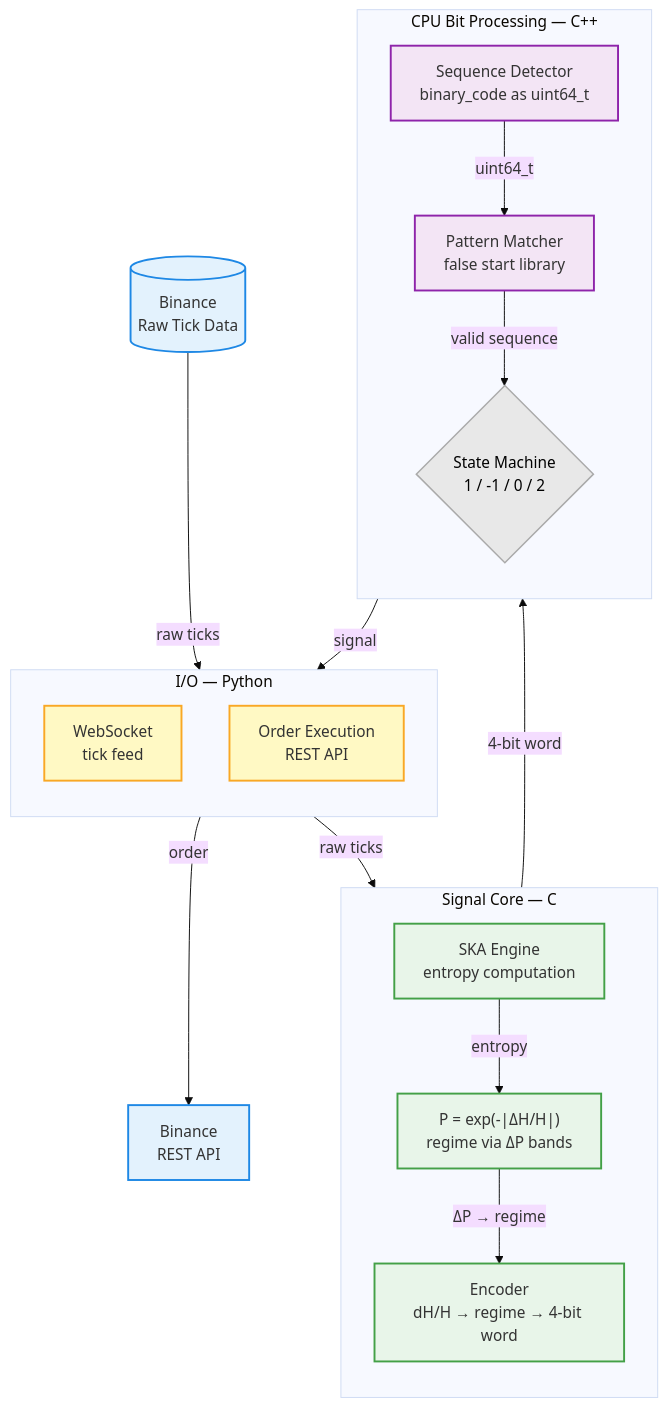
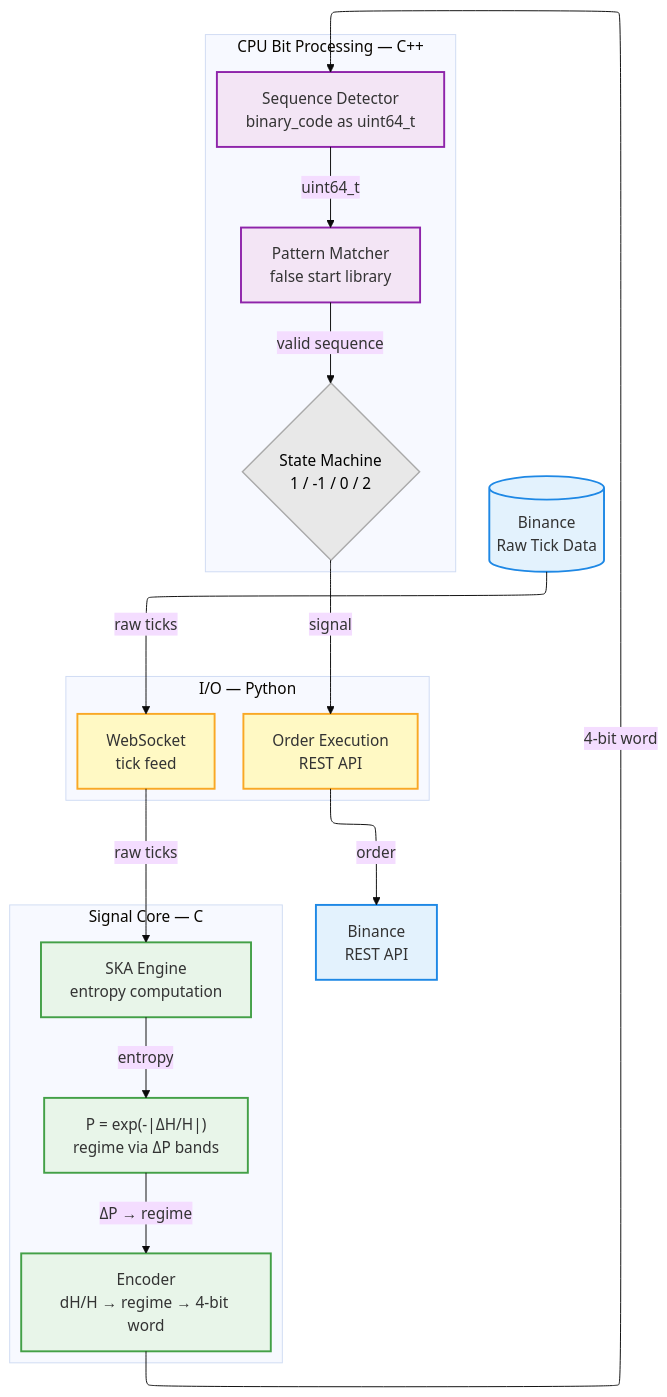
One commit to quantiota/SKA-quantitative-finance changed the diagram in ska_engine_c/README.md. Above: the diagram before and after it, drawn with Mermaid.

````diff
--- a/ska_engine_c/README.md
+++ b/ska_engine_c/README.md
@@ -24,54 +24,51 @@
 ```mermaid
 ---
 config:
   look: classic
   theme: base
-  layout: dagre
+  layout: elk
 ---
-flowchart TD
+flowchart TB
+ subgraph IO["I/O — Python"]
+    direction TB
+        WS["WebSocket\ntick feed"]
+        ORDER["Order Execution\nREST API"]
+  end
+ subgraph SignalCore["Signal Core — C"]
+    direction TB
+        ENGINE["SKA Engine\nentropy computation"]
+        P["P = exp(-|ΔH/H|)\nregime via ΔP bands"]
+        ENC["Encoder\ndH/H → regime → 4-bit word"]
+  end
+ subgraph BitProcessing["CPU Bit Processing — C++"]
+    direction TB
+        SEQ["Sequence Detector\nbinary_code as uint64_t"]
+        PAT["Pattern Matcher\nfalse start library"]
+        SM{"State Machine<br/>1 / -1 / 0 / 2"}
+  end
+    ENGINE -- entropy --> P
+    P -- ΔP → regime --> ENC
+    SEQ -- uint64_t --> PAT
+    PAT -- valid sequence --> SM
+    BINANCE[("Binance\nRaw Tick Data")] -- raw ticks --> WS
+    WS -- raw ticks --> ENGINE
+    ENC -- "4-bit word" --> SEQ
+    SM -- signal --> ORDER
+    ORDER -- order --> EXCHANGE["Binance\nREST API"]
 
-BINANCE[(Binance\nRaw Tick Data)]
-EXCHANGE[Binance\nREST API]
-
-subgraph IO["I/O — Python"]
-  direction TB
-  WS[WebSocket\ntick feed]
-  ORDER[Order Execution\nREST API]
-end
-
-subgraph SignalCore["Signal Core — C"]
-  direction TB
-  ENGINE[SKA Engine\nentropy computation]
-  P["P = exp(-|ΔH/H|)\nregime via ΔP bands"]
-  ENC[Encoder\ndH/H → regime → 4-bit word]
-  ENGINE -->|entropy| P
-  P -->|ΔP → regime| ENC
-end
-
-subgraph BitProcessing["CPU Bit Processing — C++"]
-  direction TB
-  SEQ[Sequence Detector\nbinary_code as uint64_t]
-  PAT[Pattern Matcher\nfalse start library]
-  SM@{ shape: diamond, label: "State Machine\n1 / -1 / 0 / 2" }
-  SEQ -->|uint64_t| PAT
-  PAT -->|valid sequence| SM
-end
-
-BINANCE -->|raw ticks| WS
-WS -->|raw ticks| ENGINE
-ENC -->|4-bit word| SEQ
-SM -->|signal| ORDER
-ORDER -->|order| EXCHANGE
-
-classDef data     fill:#E3F2FD,stroke:#1E88E5,stroke-width:2px;
-classDef binary   fill:#E8F5E9,stroke:#43A047,stroke-width:2px;
-classDef flow     fill:#F3E5F5,stroke:#8E24AA,stroke-width:2px;
-classDef io       fill:#FFF9C4,stroke:#F9A825,stroke-width:2px;
-classDef signal   fill:#E8E8E8,stroke:#AAAAAA,color:#000,stroke-width:1.5px;
-
-class BINANCE,EXCHANGE data;
-class ENGINE,P,ENC binary;
-class SEQ,PAT flow;
-class SM signal;
-class WS,ORDER io;
+     BINANCE:::data
+     EXCHANGE:::data
+     WS:::io
+     ORDER:::io
+     ENGINE:::binary
+     P:::binary
+     ENC:::binary
+     SEQ:::flow
+     PAT:::flow
+     SM:::signal
+    classDef data     fill:#E3F2FD,stroke:#1E88E5,stroke-width:2px
+    classDef binary   fill:#E8F5E9,stroke:#43A047,stroke-width:2px
+    classDef flow     fill:#F3E5F5,stroke:#8E24AA,stroke-width:2px
+    classDef io       fill:#FFF9C4,stroke:#F9A825,stroke-width:2px
+    classDef signal   fill:#E8E8E8,stroke:#AAAAAA,color:#000,stroke-width:1.5px
 ```
````
